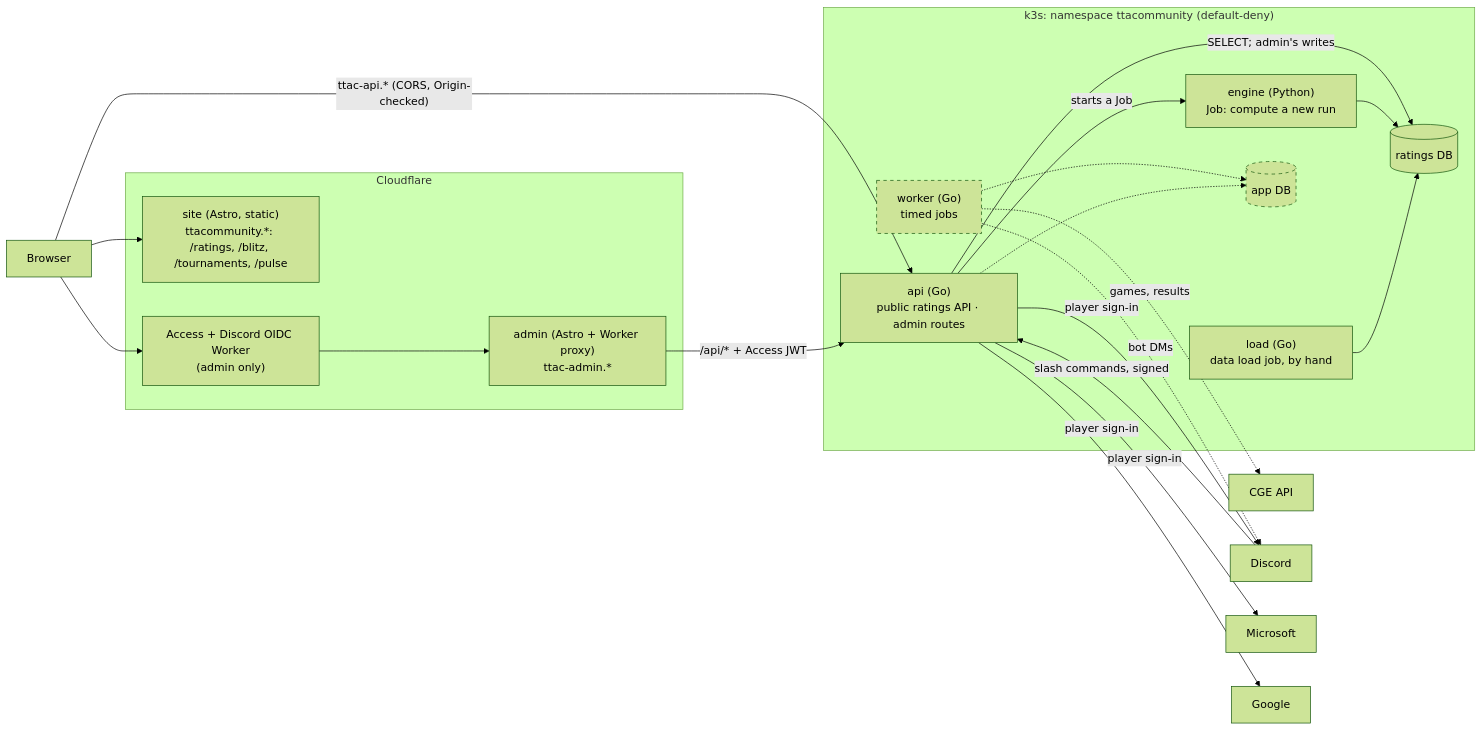
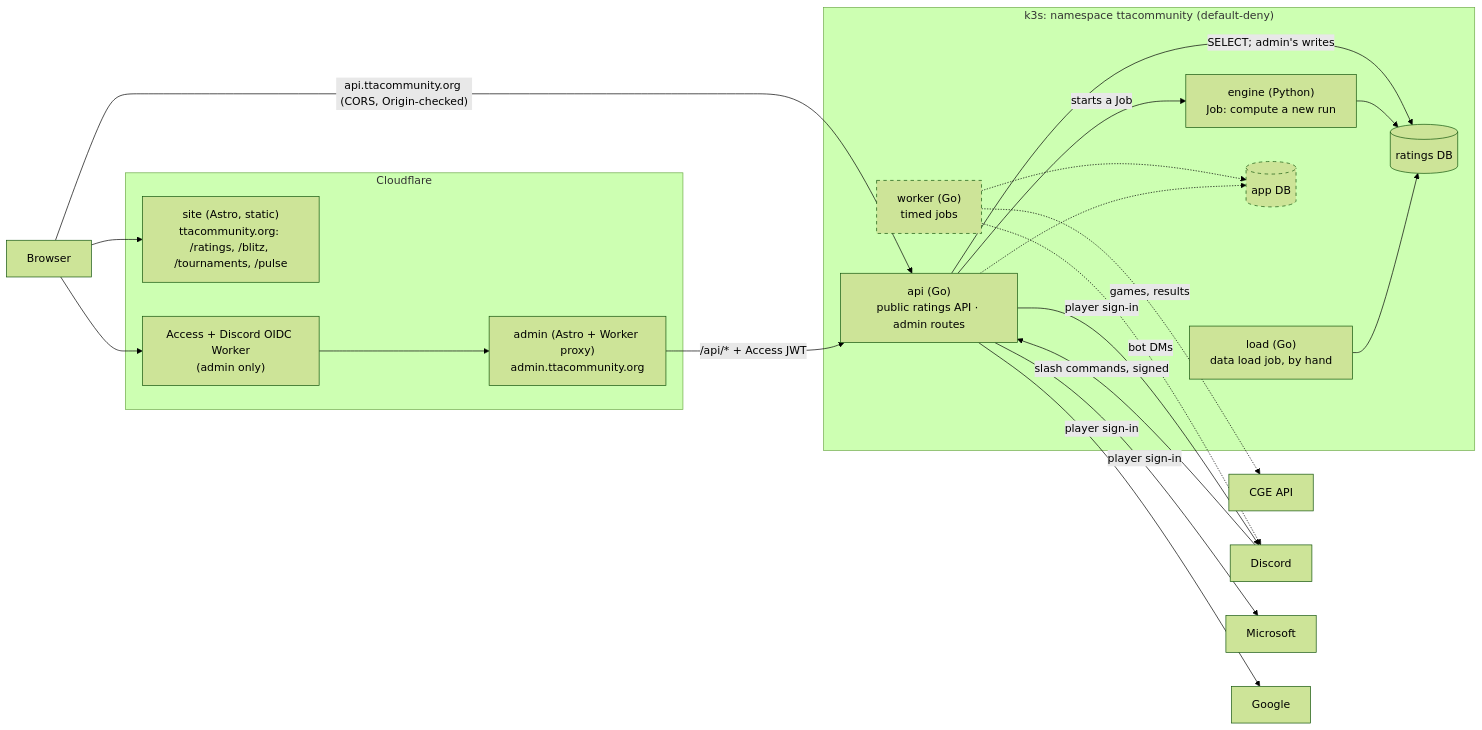
Before and after one commit to ttacommunity/ttacommunity: the first of 2 diagrams in docs/architecture.md, drawn with Mermaid (forest theme). The commit also changed other lines of this file and 2 other files, not shown here.

Commit message:
Bring the architecture doc and README up to date

````diff
--- a/docs/architecture.md
+++ b/docs/architecture.md
@@ -13,34 +13,34 @@
 ```mermaid
 flowchart LR
     subgraph cf["Cloudflare"]
-        site["site (Astro, static)<br/>ttacommunity.*: /ratings, /blitz, /tournaments, /pulse"]
-        admin["admin (Astro + Worker proxy)<br/>ttac-admin.*"]
+        site["site (Astro, static)<br/>ttacommunity.org: /ratings, /blitz, /tournaments, /pulse"]
+        admin["admin (Astro + Worker proxy)<br/>admin.ttacommunity.org"]
         access["Access + Discord OIDC Worker<br/>(admin only)"]
     end
     subgraph cluster["k3s: namespace ttacommunity (default-deny)"]
         api["api (Go)<br/>public ratings API · admin routes"]
         engine["engine (Python)<br/>Job: compute a new run"]
         load["load (Go)<br/>data load job, by hand"]
         rdb[("ratings DB")]
         worker["worker (Go)<br/>timed jobs"]
         adb[("app DB")]
     end
     browser["Browser"] --> site
-    browser -->|"ttac-api.* (CORS, Origin-checked)"| api
+    browser -->|"api.ttacommunity.org (CORS, Origin-checked)"| api
     browser --> access --> admin
     admin -->|"/api/* + Access JWT"| api
     api -->|"SELECT; admin's writes"| rdb
     api -->|starts a Job| engine
     engine --> rdb
     load --> rdb
     worker -.-> adb
     worker -.->|games, results| cge["CGE API"]
     worker -.->|bot DMs| discord["Discord"]
     api -->|player sign-in| discord
     discord -->|"slash commands, signed"| api
     api -->|player sign-in| microsoft["Microsoft"]
     api -->|player sign-in| google["Google"]
     api -.-> adb
     classDef planned stroke-dasharray: 5 5
     class worker,adb planned
 ```
````
